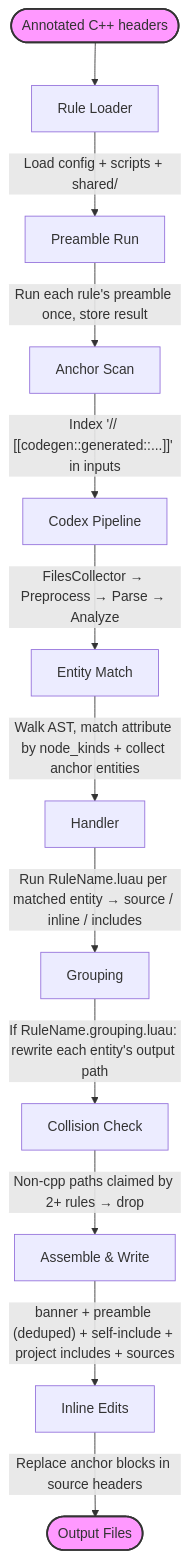
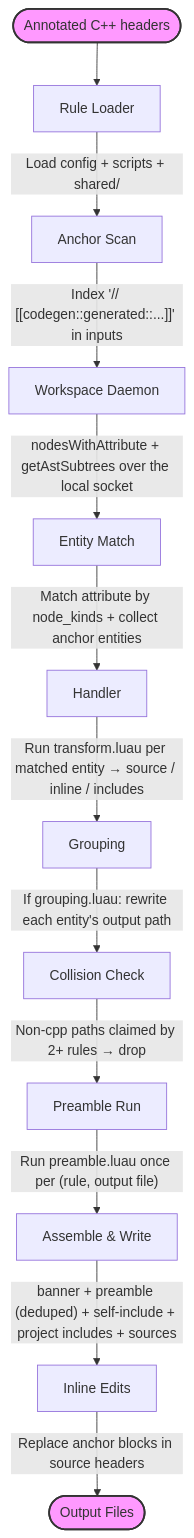
One commit to CodeXX-DTDK/codexx_dtdk_website changed the diagram in codegen/src/content/docs/concepts/how-it-works.mdx. Above: the diagram before and after it, drawn with Mermaid. The commit also changed other lines of this file and 56 other files, not shown here.

````diff
--- a/codegen/src/content/docs/concepts/how-it-works.mdx
+++ b/codegen/src/content/docs/concepts/how-it-works.mdx
@@ -10,25 +10,26 @@
 ```mermaid
 graph TD
     Start([Annotated C++ headers]) --> RL
 
-    RL[Rule Loader] -- "Load config + scripts + shared/" --> PR
-    PR[Preamble Run] -- "Run each rule's preamble once, store result" --> AS
+    RL[Rule Loader] -- "Load config + scripts + shared/" --> AS
     AS[Anchor Scan] -- "Index '// [[codegen::generated::...]]' in inputs" --> P
 
-    P[Codex Pipeline] -- "FilesCollector → Preprocess → Parse → Analyze" --> EM
+    P[Workspace Daemon] -- "nodesWithAttribute + getAstSubtrees over the local socket" --> EM
 
-    EM[Entity Match] -- "Walk AST, match attribute by node_kinds + collect anchor entities" --> H
+    EM[Entity Match] -- "Match attribute by node_kinds + collect anchor entities" --> H
 
-    H[Handler] -- "Run RuleName.luau per matched entity → source / inline / includes" --> G
+    H[Handler] -- "Run transform.luau per matched entity → source / inline / includes" --> G
 
-    G[Grouping] -- "If RuleName.grouping.luau: rewrite each entity's output path" --> CD
+    G[Grouping] -- "If grouping.luau: rewrite each entity's output path" --> CD
 
-    CD[Collision Check] -- "Non-cpp paths claimed by 2+ rules → drop" --> A
+    CD[Collision Check] -- "Non-cpp paths claimed by 2+ rules → drop" --> PR
+
+    PR[Preamble Run] -- "Run preamble.luau once per (rule, output file)" --> A
 
     A[Assemble & Write] -- "banner + preamble (deduped) + self-include + project includes + sources" --> IE
 
     IE[Inline Edits] -- "Replace anchor blocks in source headers" --> End([Output Files])
 
     style Start fill:#f9f,stroke:#333,stroke-width:2px
     style End fill:#f9f,stroke:#333,stroke-width:2px
 ```
````
